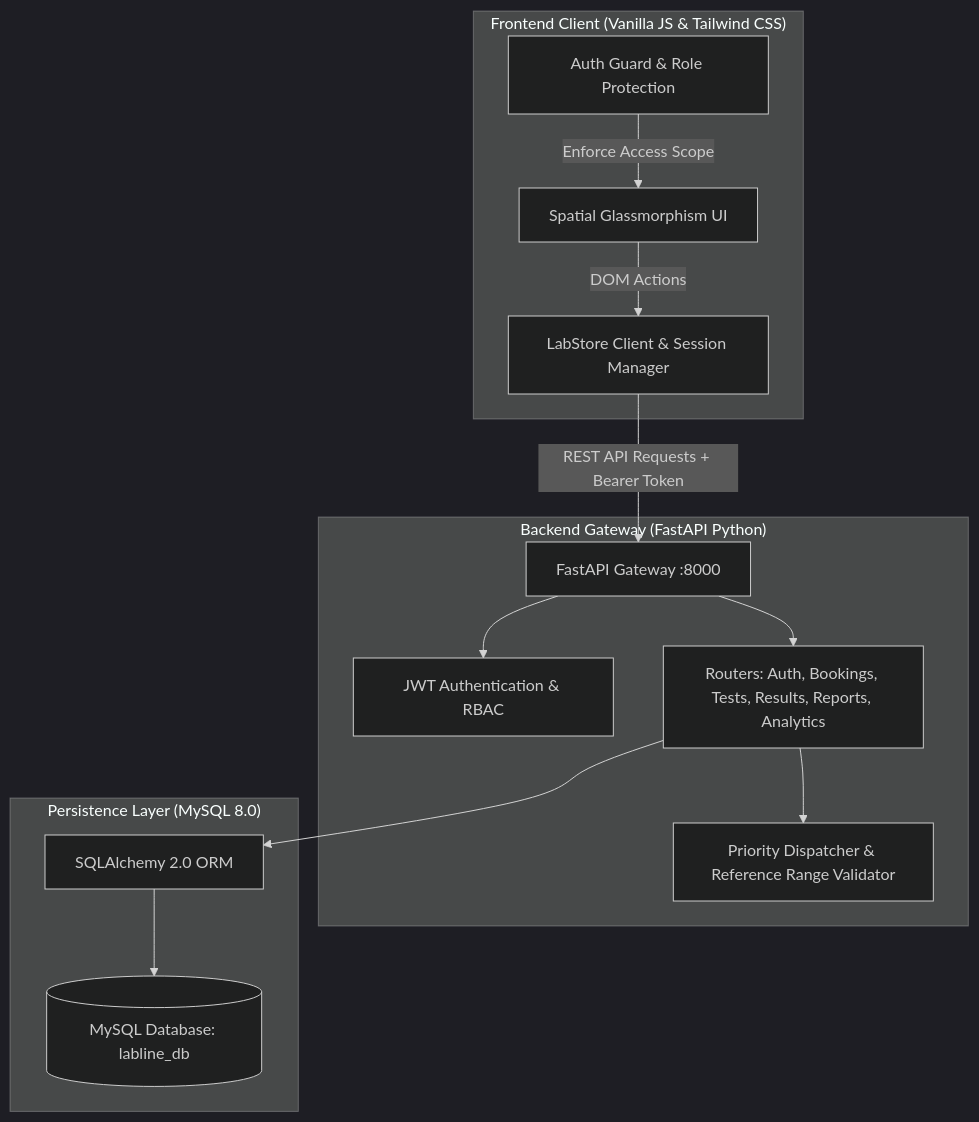
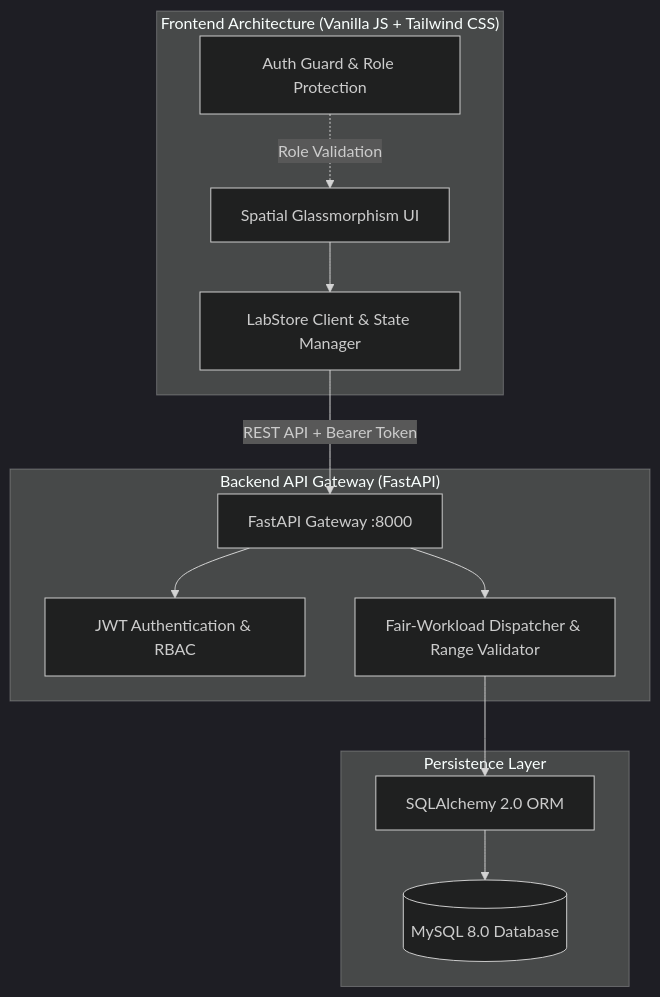
The diagram in README.md (nithin16-cloud/ddp), drawn with Mermaid (dark theme) before and after one commit. The commit also changed other lines of this file and 1 other file, not shown here.

````diff
--- a/README.md
+++ b/README.md
@@ -89,29 +27,27 @@
 ```mermaid
 graph TD
-    subgraph Frontend["Frontend Client (Vanilla JS & Tailwind CSS)"]
+    subgraph Client["Frontend Architecture (Vanilla JS + Tailwind CSS)"]
         UI[Spatial Glassmorphism UI]
-        LS[LabStore Client & Session Manager]
+        LS[LabStore Client & State Manager]
         AG[Auth Guard & Role Protection]
     end
 
-    subgraph Backend["Backend Gateway (FastAPI Python)"]
+    subgraph Server["Backend API Gateway (FastAPI)"]
         API[FastAPI Gateway :8000]
-        JWT[JWT Authentication & RBAC]
-        Routers[Routers: Auth, Bookings, Tests, Results, Reports, Analytics]
-        Engine[Priority Dispatcher & Reference Range Validator]
+        AUTH[JWT Authentication & RBAC]
+        ENG[Fair-Workload Dispatcher & Range Validator]
     end
 
-    subgraph Database["Persistence Layer (MySQL 8.0)"]
-        SQL[(MySQL Database: labline_db)]
+    subgraph Data["Persistence Layer"]
         ORM[SQLAlchemy 2.0 ORM]
+        DB[(MySQL 8.0 Database)]
     end
 
-    UI -->|DOM Actions| LS
-    LS -->|REST API Requests + Bearer Token| API
-    AG -->|Enforce Access Scope| UI
-    API --> JWT
-    API --> Routers
-    Routers --> Engine
-    Routers --> ORM
-    ORM --> SQL
+    UI --> LS
+    LS -->|REST API + Bearer Token| API
+    AG -.->|Role Validation| UI
+    API --> AUTH
+    API --> ENG
+    ENG --> ORM
+    ORM --> DB
 ```
````
